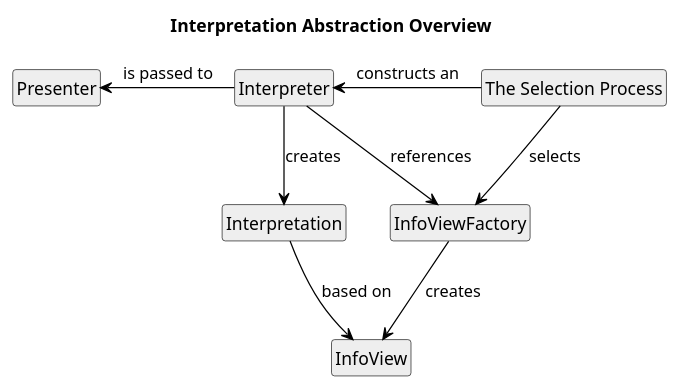
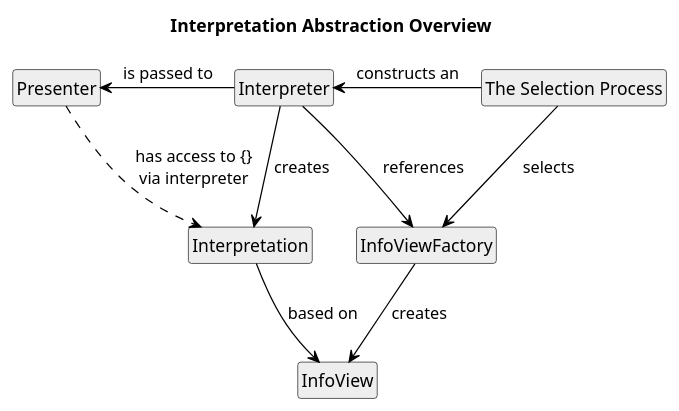
The diagram in docs/source/domain_model/layers/interpretation.rst (blackfennec-org/blackfennec), drawn with PlantUML before and after one commit. The commit also changed other lines of this file and 10 other files, not shown here.

```diff
--- a/docs/source/domain_model/layers/interpretation.rst
+++ b/docs/source/domain_model/layers/interpretation.rst
@@ -5,33 +5,35 @@
 .. uml::
     
     @startuml
 
     hide circle
     hide members
     hide methods
 
     skinparam class {
         BackgroundColor #EEE
         ArrowColor Black
         BorderColor Black
     }
     
     title Interpretation Abstraction Overview
     
     class Presenter {}
     class Interpreter {}
     class Interpretation {}
     class "The Selection Process" as tsp
     class InfoViewFactory {}
     class InfoView {}
     
     Interpreter     -left-> Presenter       : is passed to
-    Interpreter     -down-> Interpretation  : creates
-    Interpreter     -up->   InfoViewFactory : references
-    Interpretation  -down-> InfoView        : based on
+    Interpreter     -->     Interpretation  : creates
+    Interpreter     -->     InfoViewFactory : references
+    Interpretation  -->     InfoView        : based on
     tsp             -left-> Interpreter     : constructs an
     tsp             -->     InfoViewFactory : selects
     InfoViewFactory -->     InfoView        : creates
+
+    Presenter       .down.> Interpretation  : has access to {}\nvia interpreter
     
 
     @enduml
```
